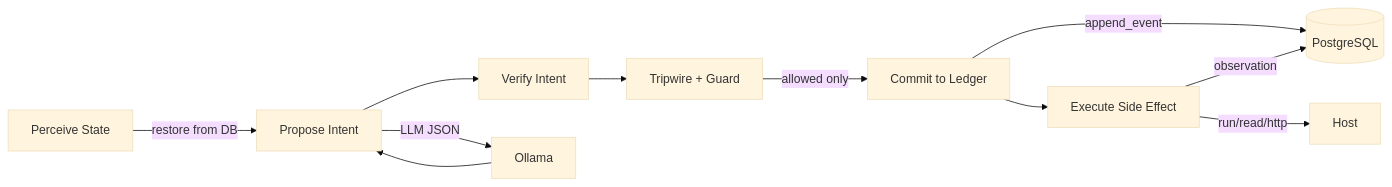
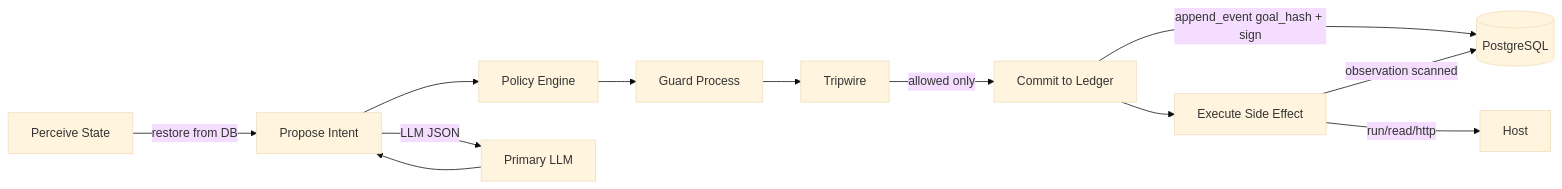
The diagram in README.md (EctoSpace/Ironclad-Agent-Ledger), drawn with Mermaid (base theme) before and after one commit. The commit also changed other lines of this file and 31 other files, not shown here.

````diff
--- a/README.md
+++ b/README.md
@@ -40,22 +42,24 @@
 ```mermaid
 flowchart LR
   Perceive[Perceive State]
   Propose[Propose Intent]
-  Verify[Verify Intent]
+  Policy[Policy Engine]
+  Guard[Guard Process]
+  Tripwire[Tripwire]
   Commit[Commit to Ledger]
   Execute[Execute Side Effect]
-  Ollama[Ollama]
-  Tripwire[Tripwire + Guard]
+  LLM[Primary LLM]
   DB[(PostgreSQL)]
   Host[Host]
   Perceive -->|restore from DB| Propose
-  Propose -->|LLM JSON| Ollama
-  Ollama --> Propose
-  Propose --> Verify
-  Verify --> Tripwire
+  Propose -->|LLM JSON| LLM
+  LLM --> Propose
+  Propose --> Policy
+  Policy --> Guard
+  Guard --> Tripwire
   Tripwire -->|allowed only| Commit
-  Commit -->|append_event| DB
+  Commit -->|append_event goal_hash + sign| DB
   Commit --> Execute
   Execute -->|run/read/http| Host
-  Execute -->|observation| DB
+  Execute -->|observation scanned| DB
 ```
````
